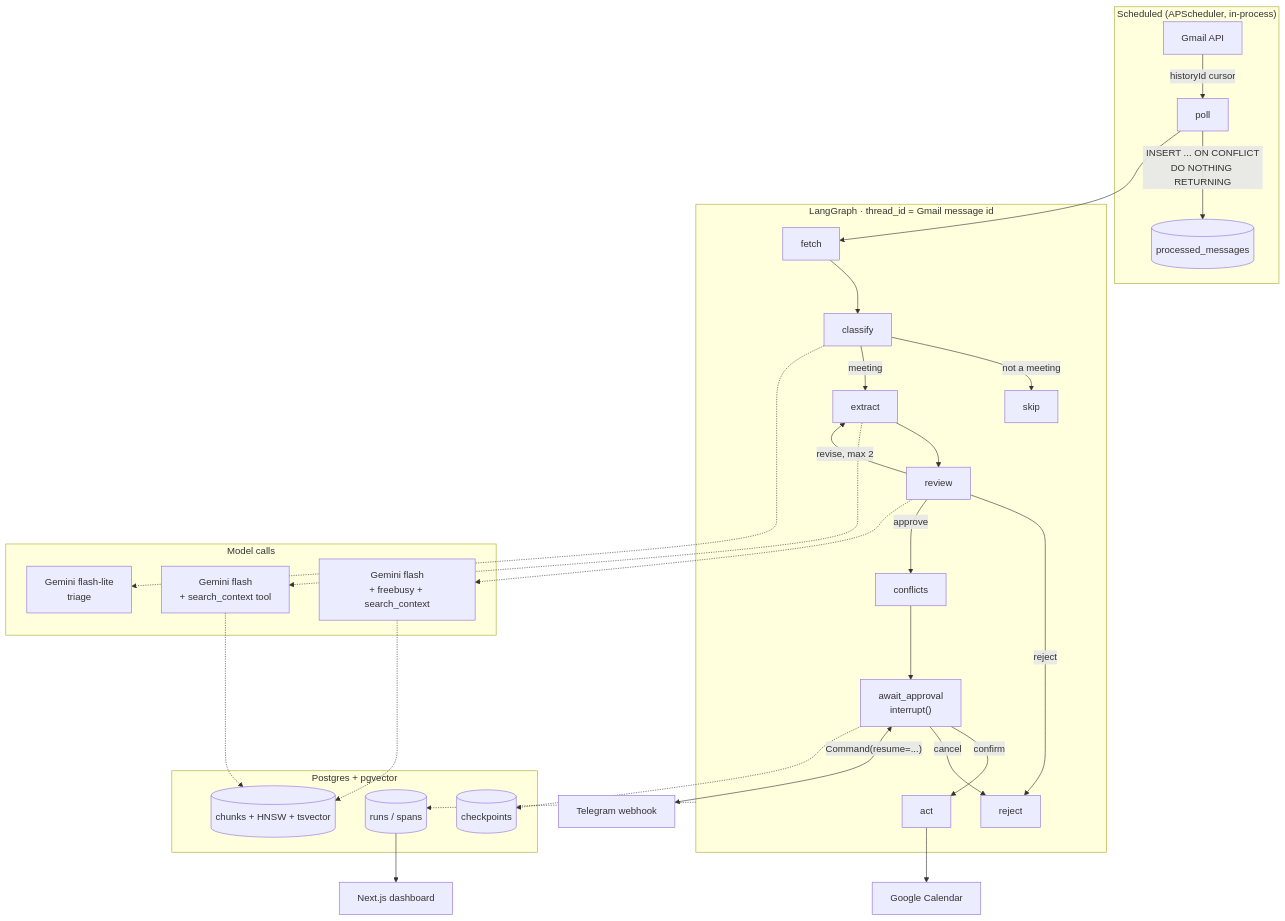
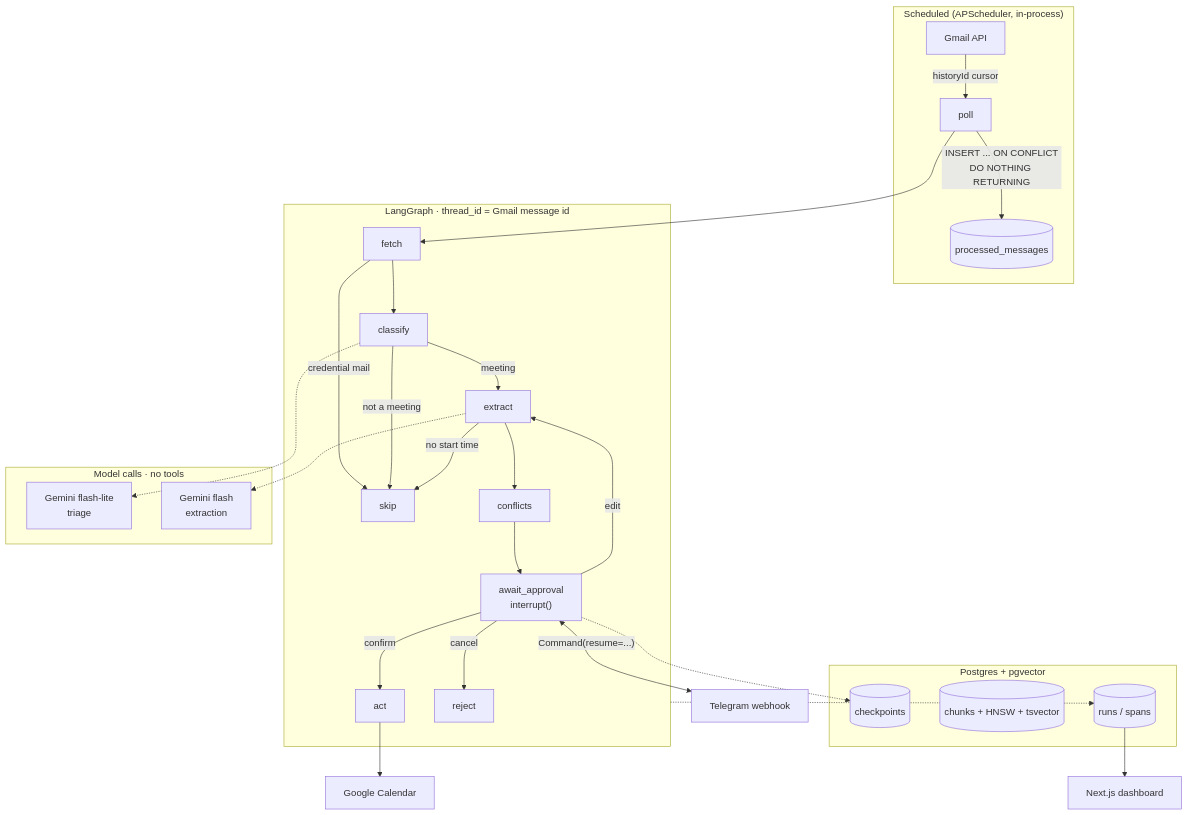
Before and after one commit to MianFaizanAmir0053/gmail_agent: the diagram in README.md, drawn with Mermaid. The commit also changed other lines of this file and 3 other files, not shown here.

````diff
--- a/README.md
+++ b/README.md
@@ -22,41 +22,38 @@
 ```mermaid
 flowchart TB
     subgraph poll["Scheduled (APScheduler, in-process)"]
         G[Gmail API] -->|historyId cursor| P[poll]
         P -->|"INSERT ... ON CONFLICT<br/>DO NOTHING RETURNING"| L[(processed_messages)]
     end
 
     subgraph flow["LangGraph · thread_id = Gmail message id"]
-        F[fetch] --> C[classify]
-        C -->|not a meeting| SK[skip]
+        F[fetch] -->|credential mail| SK[skip]
+        F --> C[classify]
+        C -->|not a meeting| SK
         C -->|meeting| E[extract]
-        E --> R[review]
-        R -->|revise, max 2| E
-        R -->|reject| RJ[reject]
-        R -->|approve| CF[conflicts]
+        E -->|no start time| SK
+        E --> CF[conflicts]
         CF --> AW["await_approval<br/>interrupt()"]
         AW -->|confirm| ACT[act]
-        AW -->|cancel| RJ
+        AW -->|edit| E
+        AW -->|cancel| RJ[reject]
     end
 
-    subgraph agents["Model calls"]
+    subgraph agents["Model calls · no tools"]
         C -.-> M1["Gemini flash-lite<br/>triage"]
-        E -.-> M2["Gemini flash<br/>+ search_context tool"]
-        R -.-> M3["Gemini flash<br/>+ freebusy + search_context"]
+        E -.-> M2["Gemini flash<br/>extraction"]
     end
 
     subgraph store["Postgres + pgvector"]
         CP[(checkpoints)]
         CH[(chunks + HNSW + tsvector)]
         TR[(runs / spans)]
     end
 
     P --> F
     AW <-->|"Command(resume=...)"| TG[Telegram webhook]
     ACT --> CAL[Google Calendar]
     AW -.-> CP
-    M2 -.-> CH
-    M3 -.-> CH
     flow -.-> TR
     TR --> DASH[Next.js dashboard]
 ```
````
